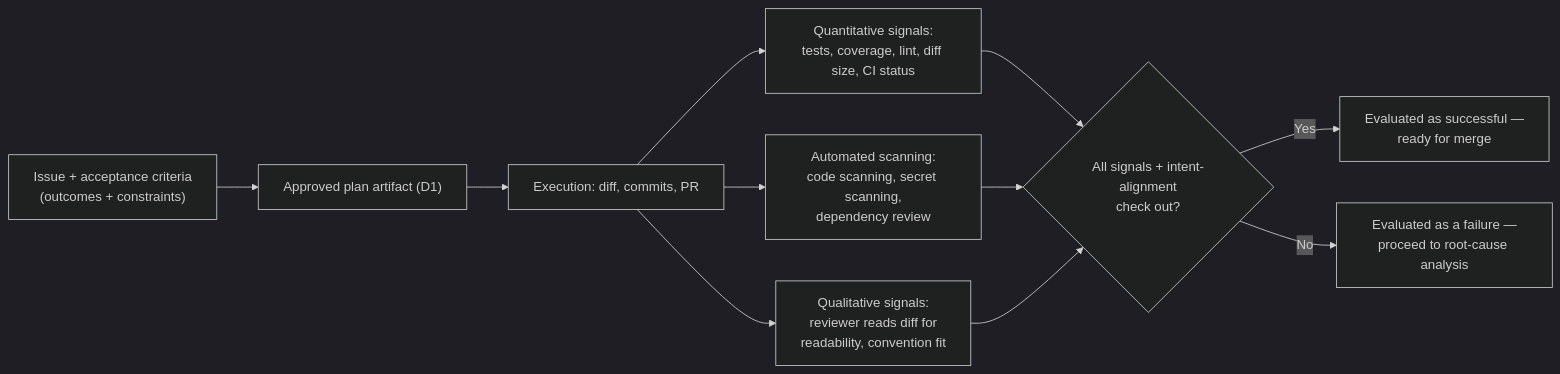
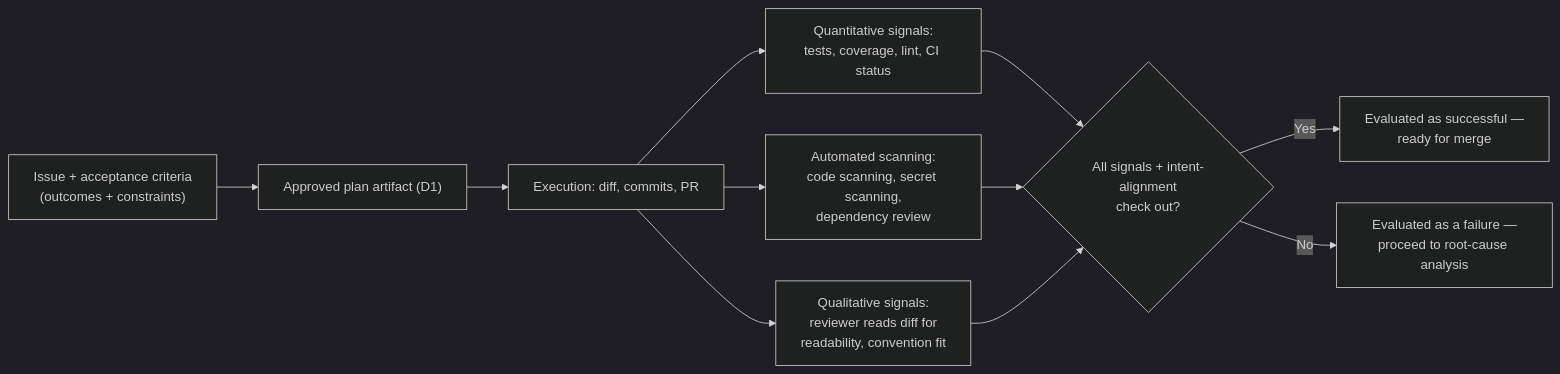
Before and after one commit to ajeetchouksey/ajch_skillup: the first of 2 diagrams in content/skillup/gh600/notes/gh600-d4-perform-evaluation-error-analysis-and-tuning.md, drawn with Mermaid (dark theme). The commit also changed other lines of this file and 6 other files, not shown here.

First line of the commit message:
fix(gh600): diagram-craft QA pass — fix violations, add captions to all 11 diagrams

````diff
--- a/content/skillup/gh600/notes/gh600-d4-perform-evaluation-error-analysis-and-tuning.md
+++ b/content/skillup/gh600/notes/gh600-d4-perform-evaluation-error-analysis-and-tuning.md
@@ -19,13 +19,13 @@
 ```mermaid
 flowchart LR
     Issue["Issue + acceptance criteria<br/>(outcomes + constraints)"] --> Plan["Approved plan artifact (D1)"]
     Plan --> Exec["Execution: diff, commits, PR"]
-    Exec --> Quant["Quantitative signals:<br/>tests, coverage, lint, diff size, CI status"]
+    Exec --> Quant["Quantitative signals:<br/>tests, coverage, lint, CI status"]
     Exec --> Scan["Automated scanning:<br/>code scanning, secret scanning,<br/>dependency review"]
     Exec --> Qual["Qualitative signals:<br/>reviewer reads diff for<br/>readability, convention fit"]
     Quant --> Verdict{"All signals + intent-alignment<br/>check out?"}
     Scan --> Verdict
     Qual --> Verdict
     Verdict -->|"Yes"| Pass["Evaluated as successful —<br/>ready for merge"]
     Verdict -->|"No"| Fail["Evaluated as a failure —<br/>proceed to root-cause analysis"]
 ```
````
